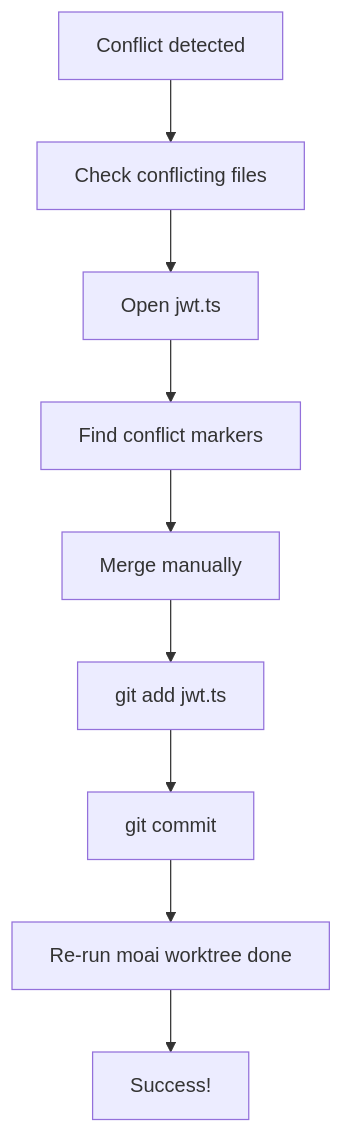
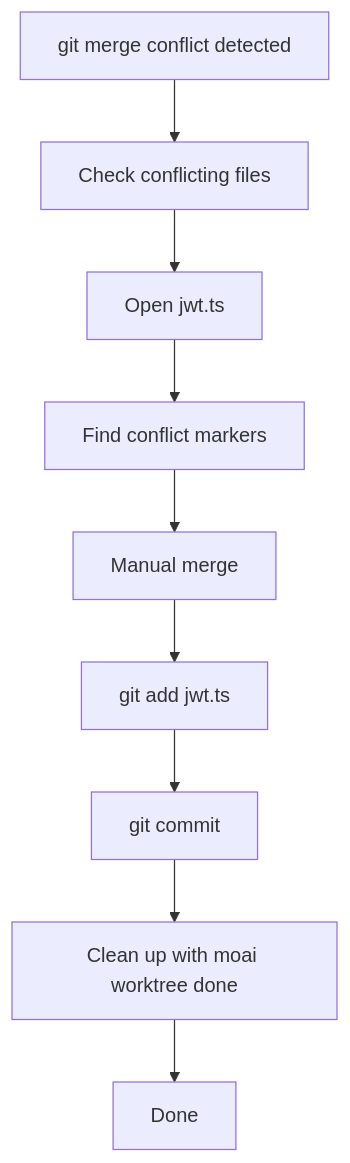
One commit to gabrielmoreira/agent-skills-mirror changed the third of 4 diagrams in mirrors/repos/modu-ai@moai-adk/docs-site/content/en/worktree/examples.md. Above: the diagram before and after it, drawn with Mermaid. The commit also changed other lines of this file and 4482 other files, not shown here.

````diff
--- a/mirrors/repos/modu-ai@moai-adk/docs-site/content/en/worktree/examples.md
+++ b/mirrors/repos/modu-ai@moai-adk/docs-site/content/en/worktree/examples.md
@@ -409,11 +390,11 @@
 ```mermaid
 flowchart TD
-    A[Conflict detected] --> B[Check conflicting files]
+    A[git merge conflict detected] --> B[Check conflicting files]
     B --> C[Open jwt.ts]
     C --> D[Find conflict markers]
-    D --> E[Merge manually]
+    D --> E[Manual merge]
     E --> F[git add jwt.ts]
     F --> G[git commit]
-    G --> H[Re-run moai worktree done]
-    H --> I[Success!]
+    G --> H[Clean up with moai worktree done]
+    H --> I[Done]
 ```
````
